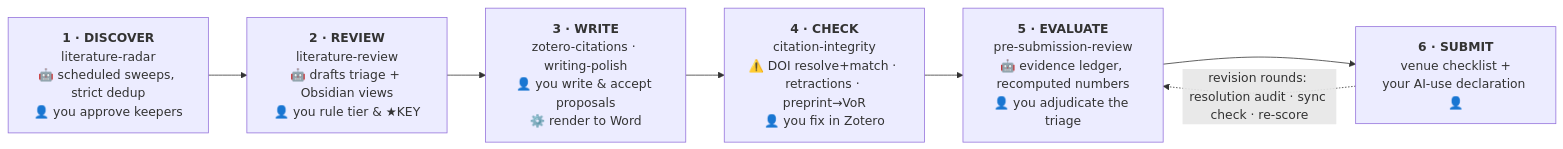
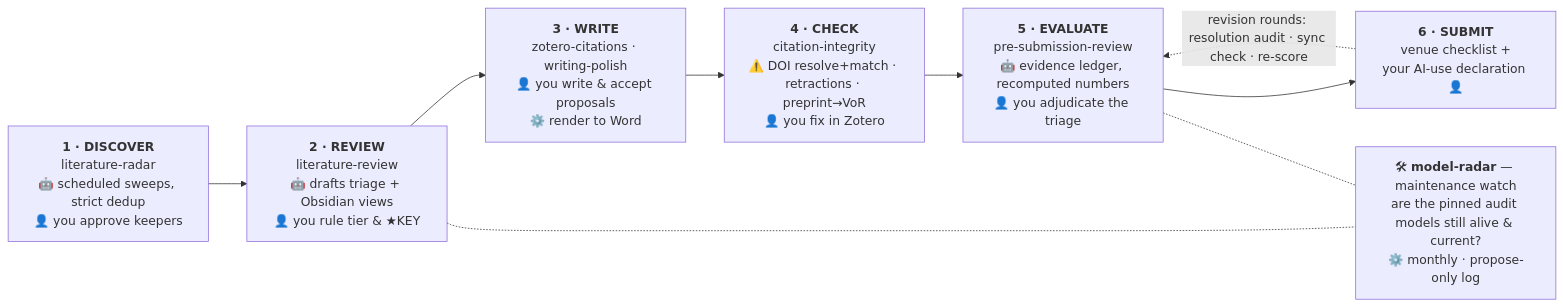
The first of 2 diagrams in docs/flowchart.md (Shalice-in-AIland/claude-language-assessment-research-kit), drawn with Mermaid before and after one commit. The commit also changed other lines of this file and 2 other files, not shown here.

Commit message:
model-radar visible in both flowcharts; tagline into manifesto; field-scope note
- Flowchart twins: model-radar gets a visual element — a dashed-linked
  node under stations 2 & 5 (Mermaid) and an orange-bordered strip (HTML),
  same wording both sides.
- README: the tagline now OPENS the manifesto blockquote ("CLARK — the
  whole research workflow: operated by Claude, checked at every step,
  decided by you."), bookended by "operator and checker — never the
  author"; intro paragraph deduplicated.
- README field-scope note: home field = language assessment (built from
  the field's own materials), explicitly welcoming all of applied
  linguistics — venues join the guides file on demand.

````diff
--- a/docs/flowchart.md
+++ b/docs/flowchart.md
@@ -9,11 +9,14 @@
 ```mermaid
 flowchart LR
     A["<b>1 · DISCOVER</b><br/>literature-radar<br/>🤖 scheduled sweeps, strict dedup<br/>👤 you approve keepers"]
     B["<b>2 · REVIEW</b><br/>literature-review<br/>🤖 drafts triage + Obsidian views<br/>👤 you rule tier & ★KEY"]
     C["<b>3 · WRITE</b><br/>zotero-citations · writing-polish<br/>👤 you write & accept proposals<br/>⚙️ render to Word"]
     D["<b>4 · CHECK</b><br/>citation-integrity<br/>⚠️ DOI resolve+match · retractions · preprint→VoR<br/>👤 you fix in Zotero"]
     E["<b>5 · EVALUATE</b><br/>pre-submission-review<br/>🤖 evidence ledger, recomputed numbers<br/>👤 you adjudicate the triage"]
     F["<b>6 · SUBMIT</b><br/>venue checklist +<br/>your AI-use declaration 👤"]
     A --> B --> C --> D --> E --> F
     F -. "revision rounds: resolution audit · sync check · re-score" .-> E
+    M["🛠 <b>model-radar</b> — maintenance watch<br/>are the pinned audit models still alive & current?<br/>⚙️ monthly · propose-only log"]
+    B -.- M
+    E -.- M
 ```
````
